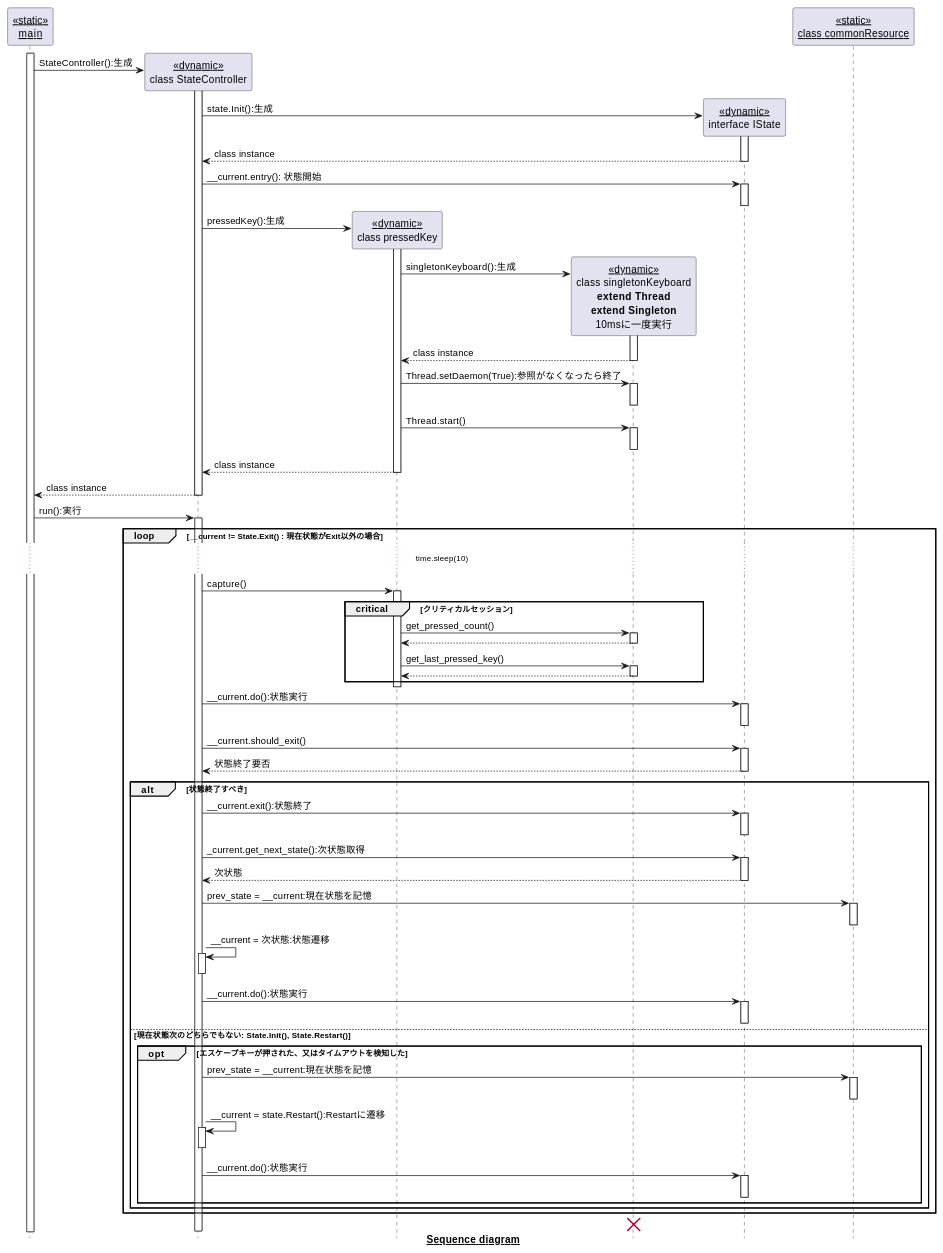
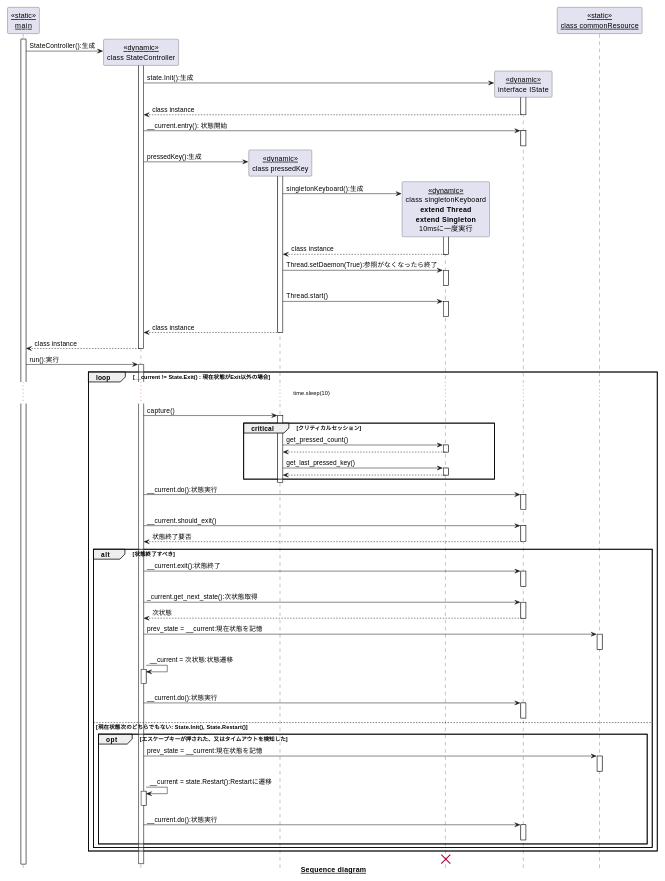
The second of 6 diagrams in doc/design.md (A-Yasue/EquipmentBookingSystem), drawn with PlantUML before and after one commit. The commit also changed other lines of this file and 1 other file, not shown here.

````diff
--- a/doc/design.md
+++ b/doc/design.md
@@ -63,4 +100,5 @@
 ```plantuml
+scale 0.7
 autoactivate on
 hide footbox
 
````
